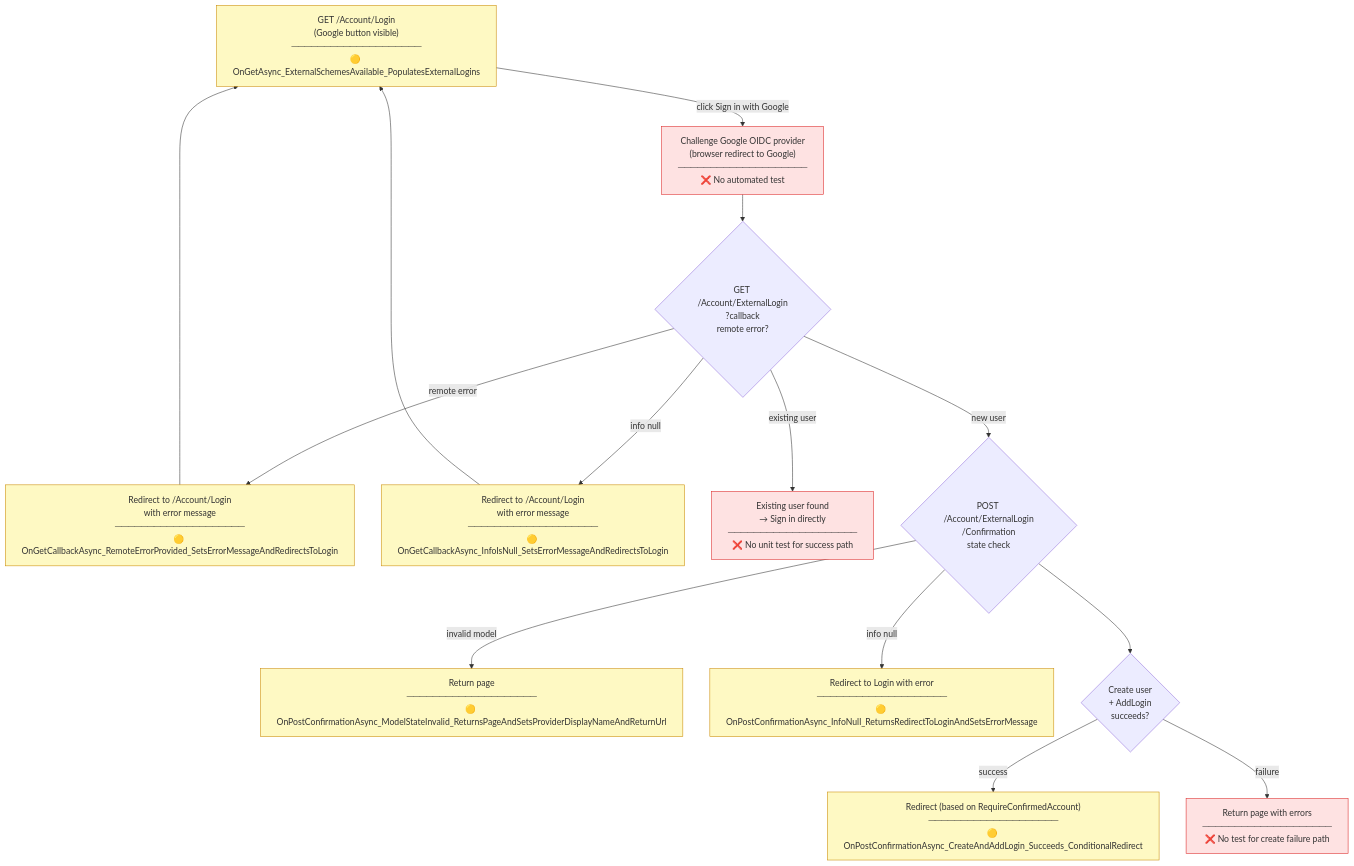
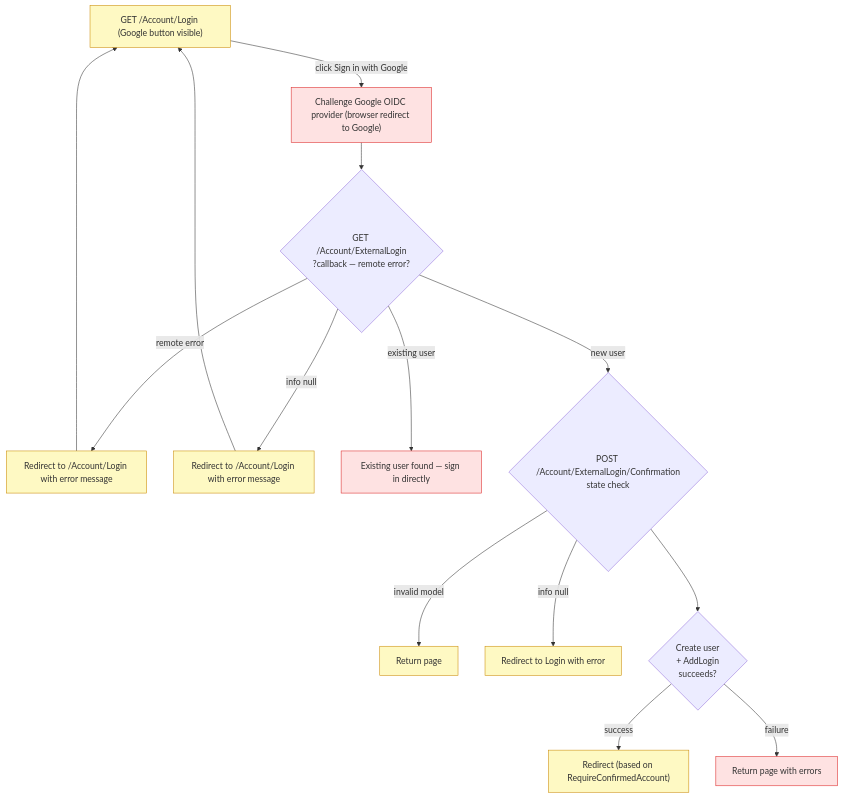
Before and after one commit to crgolden/Identity: the seventh of 16 diagrams in TESTING.md, drawn with Mermaid. The commit also changed other lines of this file and 15 other files, not shown here.

````diff
--- a/TESTING.md
+++ b/TESTING.md
@@ -576,45 +577,45 @@
 ```mermaid
 flowchart TD
     classDef covered fill:#bbf7d0,stroke:#15803d
     classDef unitOnly fill:#fef9c3,stroke:#ca8a04
     classDef partial fill:#fed7aa,stroke:#ea580c
     classDef noTest fill:#fee2e2,stroke:#dc2626
 
-    LoginPage["GET /Account/Login\n(Google button visible)\n────────────────────\n🟡 OnGetAsync_ExternalSchemesAvailable_PopulatesExternalLogins"]:::unitOnly
+    LoginPage["GET /Account/Login (Google button visible)"]:::unitOnly
 
-    GoogleChallenge["Challenge Google OIDC provider\n(browser redirect to Google)\n────────────────────\n❌ No automated test"]:::noTest
+    GoogleChallenge["Challenge Google OIDC provider (browser redirect to Google)"]:::noTest
 
-    GoogleCallback{"GET /Account/ExternalLogin\n?callback\nremote error?"}
+    GoogleCallback{"GET /Account/ExternalLogin\n?callback — remote error?"}
 
-    RemoteError["Redirect to /Account/Login\nwith error message\n────────────────────\n🟡 OnGetCallbackAsync_RemoteErrorProvided_SetsErrorMessageAndRedirectsToLogin"]:::unitOnly
+    RemoteError["Redirect to /Account/Login with error message"]:::unitOnly
 
-    InfoNull["Redirect to /Account/Login\nwith error message\n────────────────────\n🟡 OnGetCallbackAsync_InfoIsNull_SetsErrorMessageAndRedirectsToLogin"]:::unitOnly
+    InfoNull["Redirect to /Account/Login with error message"]:::unitOnly
 
-    ExistingUserSignIn["Existing user found\n→ Sign in directly\n────────────────────\n❌ No unit test for success path"]:::noTest
+    ExistingUserSignIn["Existing user found — sign in directly"]:::noTest
 
-    ConfirmationForm{"POST /Account/ExternalLogin\n/Confirmation\nstate check"}
+    ConfirmationForm{"POST /Account/ExternalLogin/Confirmation\nstate check"}
 
-    ConfirmModelInvalid["Return page\n────────────────────\n🟡 OnPostConfirmationAsync_ModelStateInvalid_ReturnsPageAndSetsProviderDisplayNameAndReturnUrl"]:::unitOnly
+    ConfirmModelInvalid["Return page"]:::unitOnly
 
-    ConfirmInfoNull["Redirect to Login with error\n────────────────────\n🟡 OnPostConfirmationAsync_InfoNull_ReturnsRedirectToLoginAndSetsErrorMessage"]:::unitOnly
+    ConfirmInfoNull["Redirect to Login with error"]:::unitOnly
 
     CreateAndAddLogin{"Create user\n+ AddLogin\nsucceeds?"}
 
-    ConfirmSuccess["Redirect (based on RequireConfirmedAccount)\n────────────────────\n🟡 OnPostConfirmationAsync_CreateAndAddLogin_Succeeds_ConditionalRedirect"]:::unitOnly
+    ConfirmSuccess["Redirect (based on RequireConfirmedAccount)"]:::unitOnly
 
-    ConfirmFail["Return page with errors\n────────────────────\n❌ No test for create failure path"]:::noTest
+    ConfirmFail["Return page with errors"]:::noTest
 
     LoginPage -->|"click Sign in with Google"| GoogleChallenge
     GoogleChallenge --> GoogleCallback
     GoogleCallback -->|"remote error"| RemoteError
     GoogleCallback -->|"info null"| InfoNull
     GoogleCallback -->|"existing user"| ExistingUserSignIn
     GoogleCallback -->|"new user"| ConfirmationForm
     ConfirmationForm -->|"invalid model"| ConfirmModelInvalid
     ConfirmationForm -->|"info null"| ConfirmInfoNull
     ConfirmationForm --> CreateAndAddLogin
     CreateAndAddLogin -->|"success"| ConfirmSuccess
     CreateAndAddLogin -->|"failure"| ConfirmFail
     RemoteError --> LoginPage
     InfoNull --> LoginPage
 ```
````
